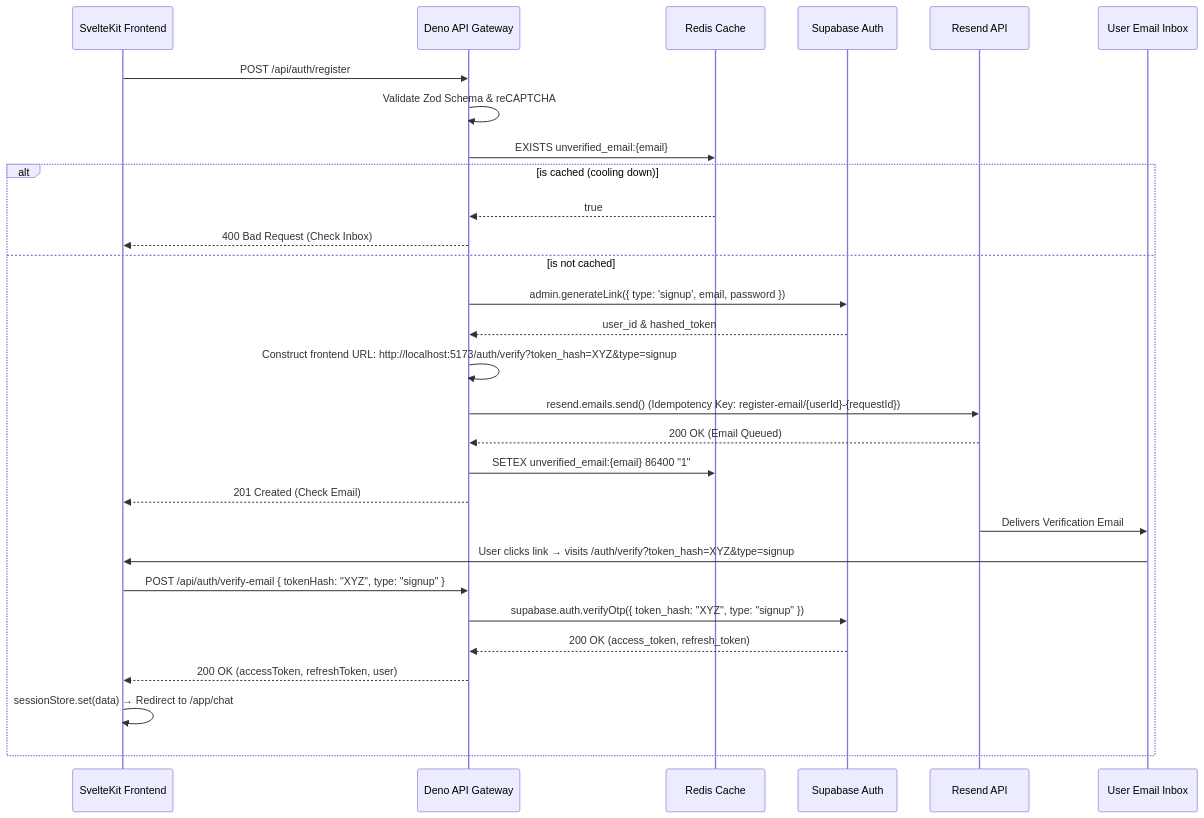
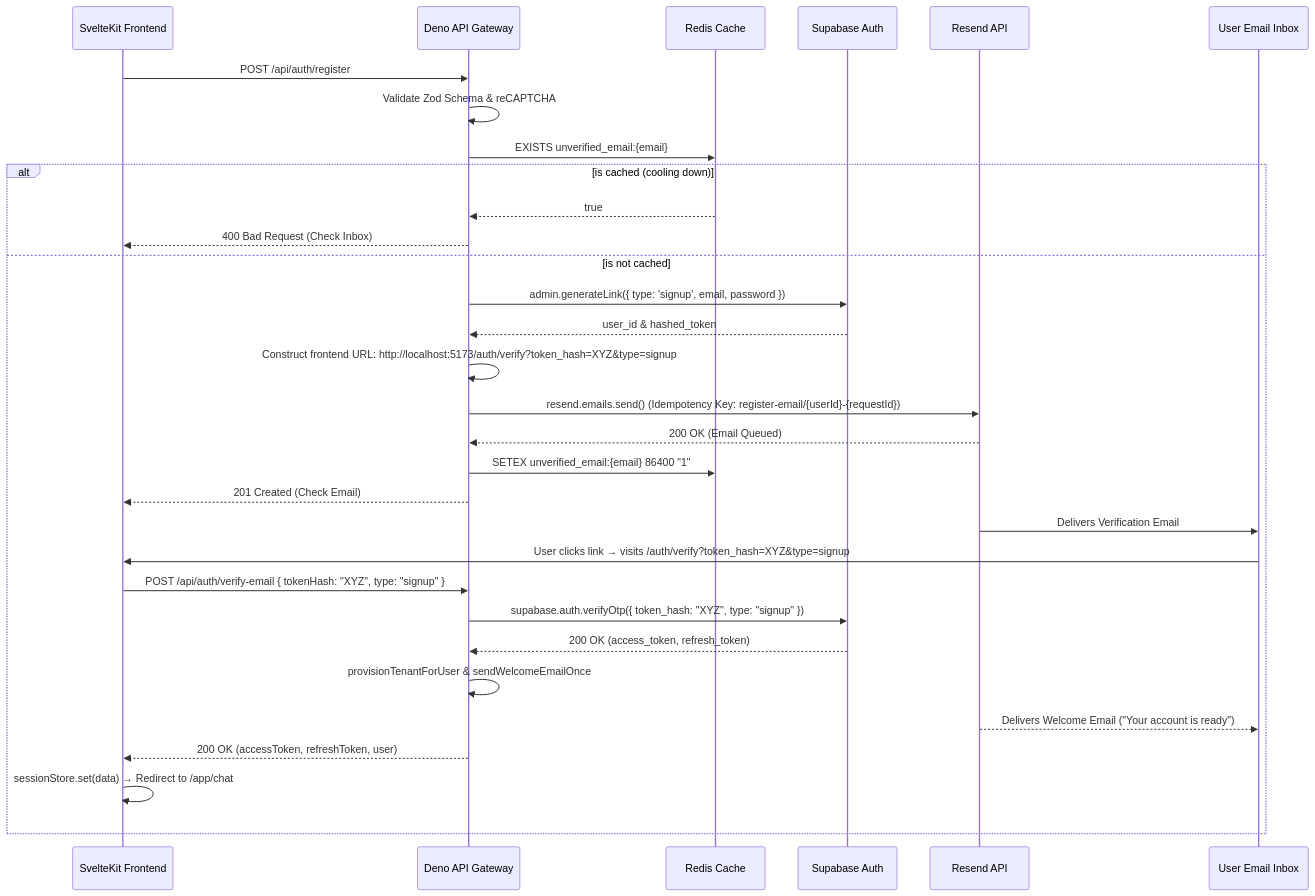
The diagram in docs/backend/auth-signup.md (kanzhamada/Dokyudo), drawn with Mermaid before and after one commit. The commit also changed other lines of this file and 3 other files, not shown here.

````diff
--- a/docs/backend/auth-signup.md
+++ b/docs/backend/auth-signup.md
@@ -21,36 +21,38 @@
 ```mermaid
 sequenceDiagram
     participant Client as SvelteKit Frontend
     participant API as Deno API Gateway
     participant Redis as Redis Cache
     participant Supabase as Supabase Auth
     participant Resend as Resend API
     participant Inbox as User Email Inbox
 
     Client->>API: POST /api/auth/register
     API->>API: Validate Zod Schema & reCAPTCHA
     API->>Redis: EXISTS unverified_email:{email}
     
     alt is cached (cooling down)
         Redis-->>API: true
         API-->>Client: 400 Bad Request (Check Inbox)
     else is not cached
         API->>Supabase: admin.generateLink({ type: 'signup', email, password })
         Supabase-->>API: user_id & hashed_token
         
         API->>API: Construct frontend URL: http://localhost:5173/auth/verify?token_hash=XYZ&type=signup
         API->>Resend: resend.emails.send() (Idempotency Key: register-email/{userId}-{requestId})
         Resend-->>API: 200 OK (Email Queued)
         
         API->>Redis: SETEX unverified_email:{email} 86400 "1"
         API-->>Client: 201 Created (Check Email)
         
         Resend->>Inbox: Delivers Verification Email
         Inbox->>Client: User clicks link → visits /auth/verify?token_hash=XYZ&type=signup
         Client->>API: POST /api/auth/verify-email { tokenHash: "XYZ", type: "signup" }
         API->>Supabase: supabase.auth.verifyOtp({ token_hash: "XYZ", type: "signup" })
         Supabase-->>API: 200 OK (access_token, refresh_token)
+        API->>API: provisionTenantForUser & sendWelcomeEmailOnce
+        Resend-->>Inbox: Delivers Welcome Email ("Your account is ready")
         API-->>Client: 200 OK (accessToken, refreshToken, user)
         Client->>Client: sessionStore.set(data) → Redirect to /app/chat
     end
 ```
````
